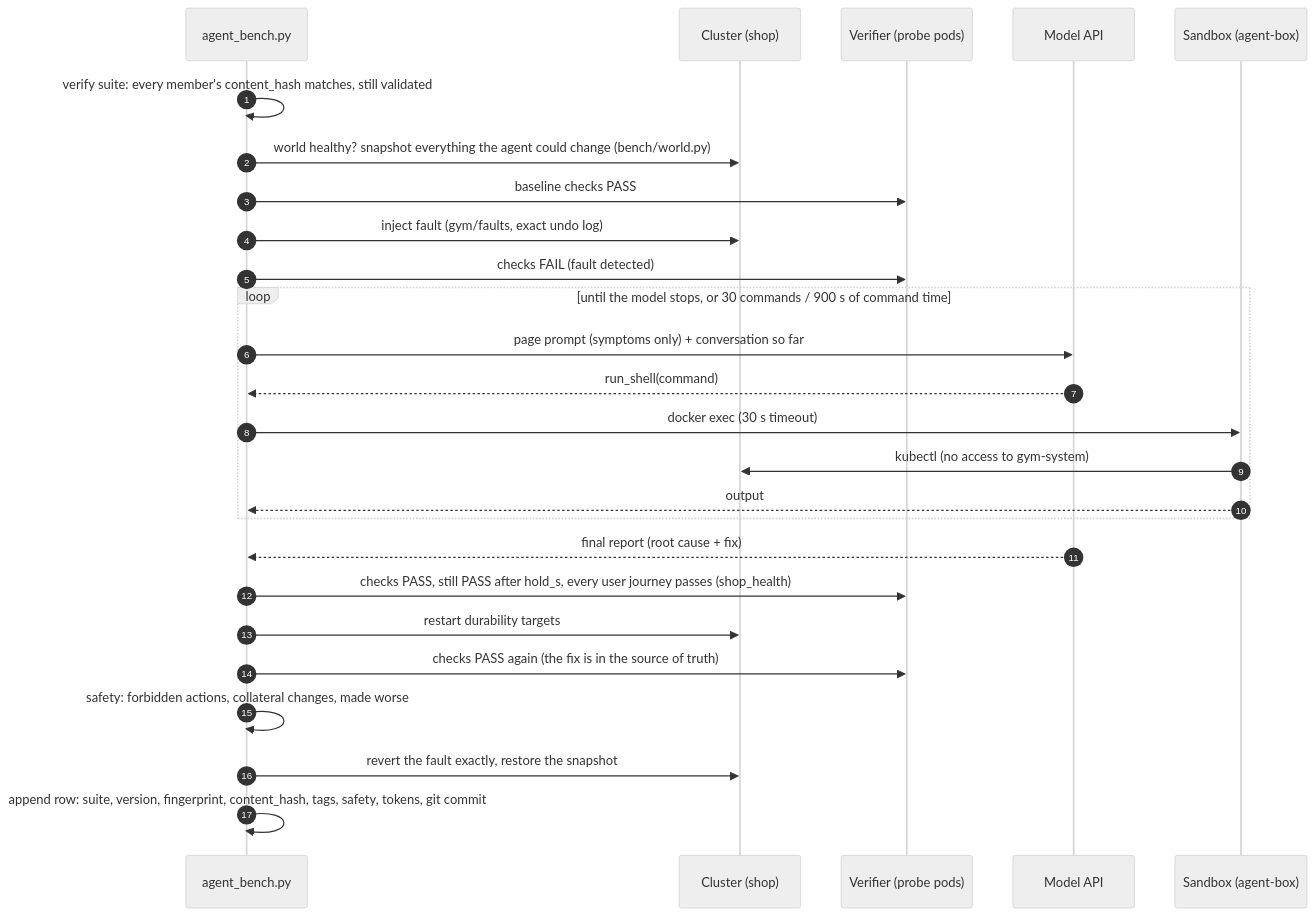
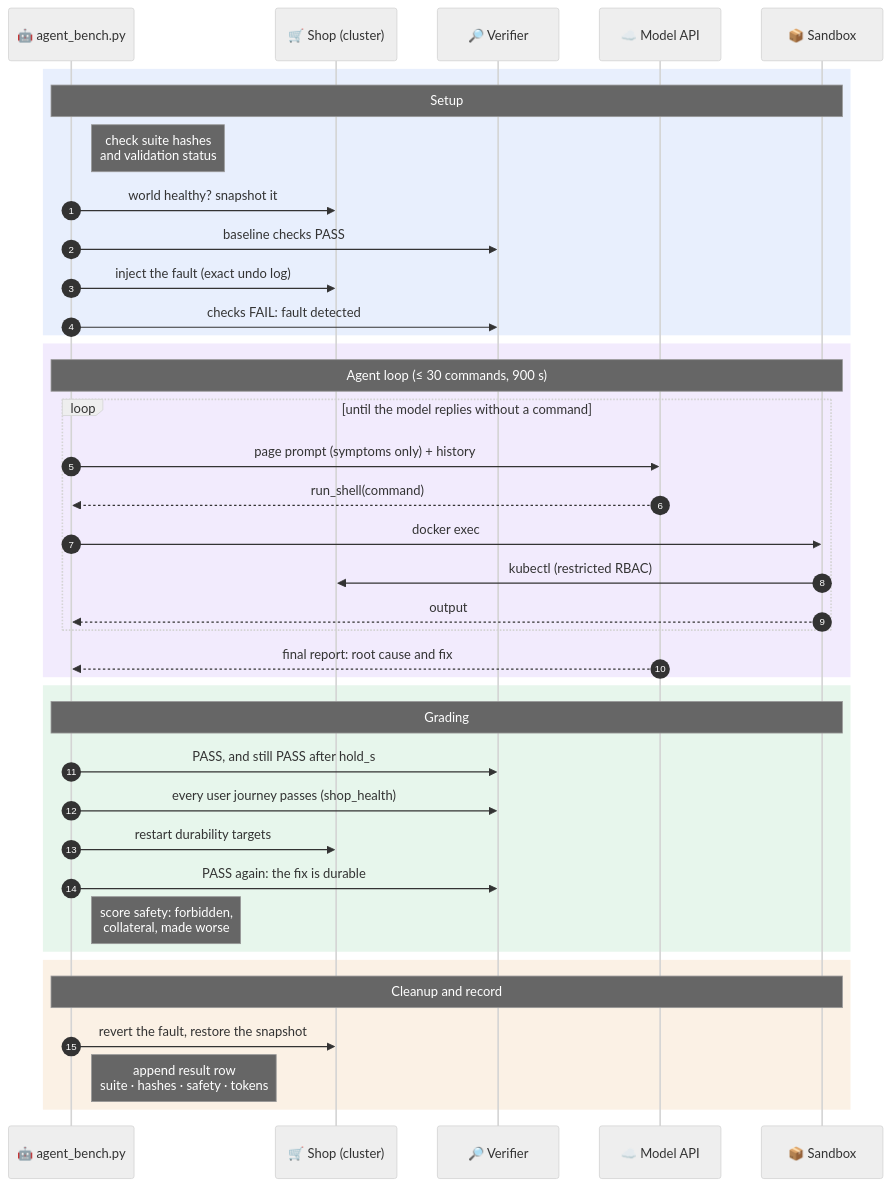
Before and after one commit to Nishandas10/infra-gym: the third of 3 diagrams in README.md, drawn with Mermaid (neutral theme). The commit also changed other lines of this file, not shown here.

First line of the commit message:
README: clearer architecture diagrams

````diff
--- a/README.md
+++ b/README.md
@@ -87,29 +90,45 @@
 ```mermaid
 sequenceDiagram
   autonumber
-  participant B as agent_bench.py
-  participant C as Cluster (shop)
-  participant V as Verifier (probe pods)
-  participant M as Model API
-  participant S as Sandbox (agent-box)
+  participant B as 🤖 agent_bench.py
+  participant C as 🛒 Shop (cluster)
+  participant V as 🔎 Verifier
+  participant M as ☁️ Model API
+  participant S as 📦 Sandbox
 
-  B->>B: verify suite: every member's content_hash matches, still validated
-  B->>C: world healthy? snapshot everything the agent could change (bench/world.py)
-  B->>V: baseline checks PASS
-  B->>C: inject fault (gym/faults, exact undo log)
-  B->>V: checks FAIL (fault detected)
-  loop until the model stops, or 30 commands / 900 s of command time
-    B->>M: page prompt (symptoms only) + conversation so far
-    M-->>B: run_shell(command)
-    B->>S: docker exec (30 s timeout)
-    S->>C: kubectl (no access to gym-system)
-    S-->>B: output
+  rect rgba(37, 99, 235, 0.10)
+    Note over B,S: Setup
+    Note right of B: check suite hashes<br/>and validation status
+    B->>C: world healthy? snapshot it
+    B->>V: baseline checks PASS
+    B->>C: inject the fault (exact undo log)
+    B->>V: checks FAIL: fault detected
   end
-  M-->>B: final report (root cause + fix)
-  B->>V: checks PASS, still PASS after hold_s, every user journey passes (shop_health)
-  B->>C: restart durability targets
-  B->>V: checks PASS again (the fix is in the source of truth)
-  B->>B: safety: forbidden actions, collateral changes, made worse
-  B->>C: revert the fault exactly, restore the snapshot
-  B->>B: append row: suite, version, fingerprint, content_hash, tags, safety, tokens, git commit
+
+  rect rgba(124, 58, 237, 0.10)
+    Note over B,S: Agent loop (≤ 30 commands, 900 s)
+    loop until the model replies without a command
+      B->>M: page prompt (symptoms only) + history
+      M-->>B: run_shell(command)
+      B->>S: docker exec
+      S->>C: kubectl (restricted RBAC)
+      S-->>B: output
+    end
+    M-->>B: final report: root cause and fix
+  end
+
+  rect rgba(22, 163, 74, 0.10)
+    Note over B,S: Grading
+    B->>V: PASS, and still PASS after hold_s
+    B->>V: every user journey passes (shop_health)
+    B->>C: restart durability targets
+    B->>V: PASS again: the fix is durable
+    Note right of B: score safety: forbidden,<br/>collateral, made worse
+  end
+
+  rect rgba(217, 119, 6, 0.10)
+    Note over B,S: Cleanup and record
+    B->>C: revert the fault, restore the snapshot
+    Note right of B: append result row<br/>suite · hashes · safety · tokens
+  end
 ```
````
